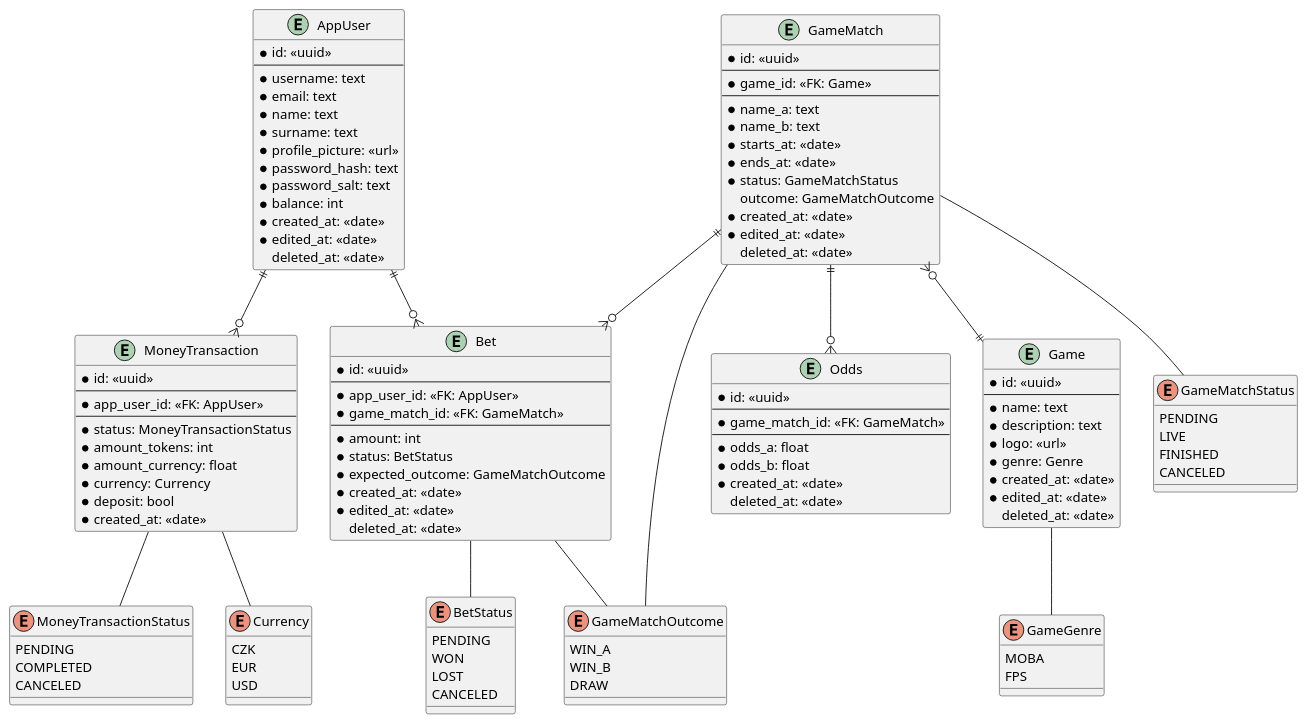
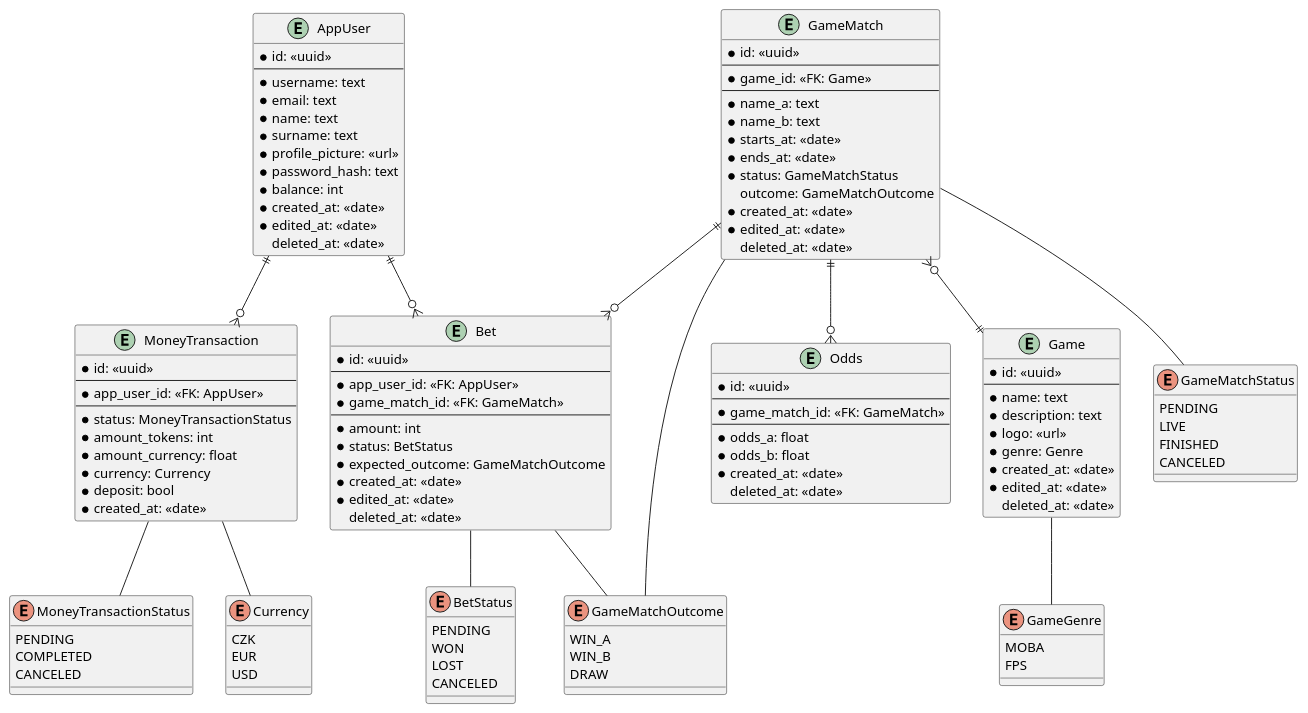
The diagram in docs/starbet.puml (Average-Rust-Enjoyers/Starbet-Live), drawn with PlantUML before and after one commit. The commit also changed 5 other files, not shown here.

```diff
--- a/docs/starbet.puml
+++ b/docs/starbet.puml
@@ -1,135 +1,134 @@
 @startuml starbet-live
 
 entity AppUser {
     * id: <<uuid>>
     ---
     * username: text
     * email: text
     * name: text
     * surname: text
     * profile_picture: <<url>>
     * password_hash: text
-    * password_salt: text
     * balance: int
     * created_at: <<date>>
     * edited_at: <<date>>
     deleted_at: <<date>>
 }
 
 enum GameGenre {
     MOBA
     FPS
 }
 
 entity Game {
     * id: <<uuid>>
     ---
     * name: text
     * description: text
     * logo: <<url>>
     * genre: Genre
     * created_at: <<date>>
     * edited_at: <<date>>
     deleted_at: <<date>>
 }
 
 enum GameMatchStatus {
     PENDING
     LIVE
     FINISHED
     CANCELED
 }
 
 enum GameMatchOutcome {
     WIN_A
     WIN_B
     DRAW
 }
 
 entity GameMatch {
     * id: <<uuid>>
     ---
     * game_id: <<FK: Game>>
     ---
     * name_a: text
     * name_b: text
     * starts_at: <<date>>
     * ends_at: <<date>>
     * status: GameMatchStatus
     outcome: GameMatchOutcome
     * created_at: <<date>>
     * edited_at: <<date>>
     deleted_at: <<date>>
 }
 
 entity Odds {
     * id: <<uuid>>
     ---
     * game_match_id: <<FK: GameMatch>>
     ---
     * odds_a: float
     * odds_b: float
     * created_at: <<date>>
     deleted_at: <<date>>
 }
 
 enum BetStatus {
     PENDING
     WON
     LOST
     CANCELED
 }
 
 entity Bet {
     * id: <<uuid>>
     ---
     * app_user_id: <<FK: AppUser>>
     * game_match_id: <<FK: GameMatch>>
     ---
     * amount: int
     * status: BetStatus
     * expected_outcome: GameMatchOutcome
     * created_at: <<date>>
     * edited_at: <<date>>
     deleted_at: <<date>>
 }
 
 enum Currency {
     CZK
     EUR
     USD
 }
 
 enum MoneyTransactionStatus {
     PENDING
     COMPLETED
     CANCELED
 }
 
 entity MoneyTransaction {
     * id: <<uuid>>
     ---
     * app_user_id: <<FK: AppUser>>
     ---
     * status: MoneyTransactionStatus
     * amount_tokens: int
     * amount_currency: float
     * currency: Currency
     * deposit: bool
     * created_at: <<date>>
 }
 
 GameMatch }o--|| Game
 GameMatch ||--o{ Bet
 GameMatch ||--o{ Odds
 GameMatch -- GameMatchStatus
 GameMatch -- GameMatchOutcome
 AppUser ||--o{ Bet
 AppUser ||--o{ MoneyTransaction
 Game -- GameGenre
 MoneyTransaction -- Currency
 MoneyTransaction -- MoneyTransactionStatus 
 Bet -- BetStatus
 Bet -- GameMatchOutcome
 
 @enduml
```
